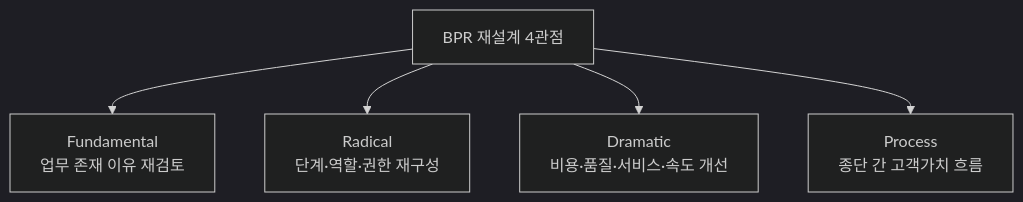
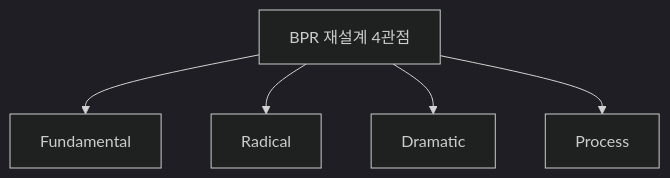
The first of 5 diagrams in src/content/docs/notes/itpe/01-it-strategy/010_bpr.md (agnusdei1207/study), drawn with Mermaid (dark theme) before and after one commit. The commit also changed other lines of this file and 19 other files, not shown here.

````diff
--- a/src/content/docs/notes/itpe/01-it-strategy/010_bpr.md
+++ b/src/content/docs/notes/itpe/01-it-strategy/010_bpr.md
@@ -52,7 +52,7 @@
 ```mermaid
 flowchart TD
-    B["BPR 재설계 4관점"] --> F["Fundamental<br/>업무 존재 이유 재검토"]
-    B --> R["Radical<br/>단계·역할·권한 재구성"]
-    B --> D["Dramatic<br/>비용·품질·서비스·속도 개선"]
-    B --> P["Process<br/>종단 간 고객가치 흐름"]
+    B["BPR 재설계 4관점"] --> F["Fundamental"]
+    B --> R["Radical"]
+    B --> D["Dramatic"]
+    B --> P["Process"]
 ```
````
